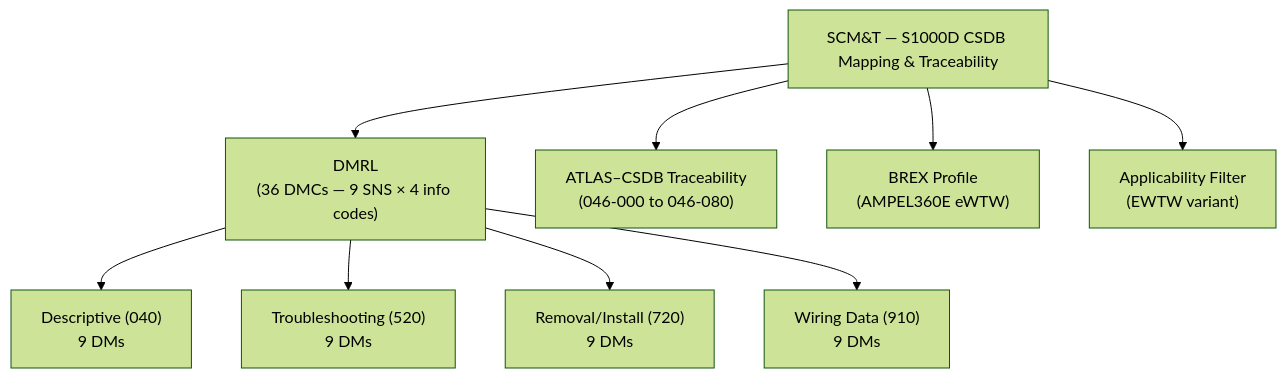
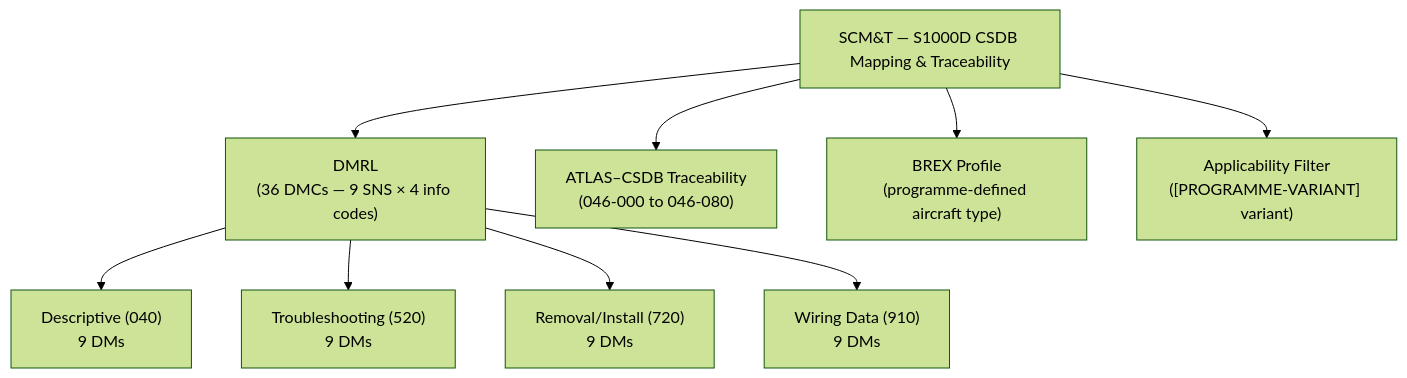
The first of 3 diagrams in Q+ATLANTIDE/000-099_ATLAS/040-049_Avionica-Informacion-y-APU/046_Information-Systems/046-090-S1000D-CSDB-Mapping-and-Traceability.md (AmedeoPelliccia/Qplus-For-All-Queer-People-and-Quantum), drawn with Mermaid (forest theme) before and after one commit. The commit also changed other lines of this file and 676 other files, not shown here.

First line of the commit message:
feat: de-programmatize all ATLAS standard files — remove AMPEL360E/eWTW programme content

````diff
--- a/Q+ATLANTIDE/000-099_ATLAS/040-049_Avionica-Informacion-y-APU/046_Information-Systems/046-090-S1000D-CSDB-Mapping-and-Traceability.md
+++ b/Q+ATLANTIDE/000-099_ATLAS/040-049_Avionica-Informacion-y-APU/046_Information-Systems/046-090-S1000D-CSDB-Mapping-and-Traceability.md
@@ -108,12 +110,12 @@
 ```mermaid
 graph TD
     SCM["SCM&T — S1000D CSDB Mapping & Traceability"]
     SCM --> DMRL["DMRL\n(36 DMCs — 9 SNS × 4 info codes)"]
     SCM --> ATLAS_MAP["ATLAS–CSDB Traceability\n(046-000 to 046-080)"]
-    SCM --> BREX["BREX Profile\n(AMPEL360E eWTW)"]
-    SCM --> APPLIC["Applicability Filter\n(EWTW variant)"]
+    SCM --> BREX["BREX Profile\n(programme-defined aircraft type)"]
+    SCM --> APPLIC["Applicability Filter\n([PROGRAMME-VARIANT] variant)"]
     DMRL --> DM_040["Descriptive (040)\n9 DMs"]
     DMRL --> DM_520["Troubleshooting (520)\n9 DMs"]
     DMRL --> DM_720["Removal/Install (720)\n9 DMs"]
     DMRL --> DM_910["Wiring Data (910)\n9 DMs"]
 ```
````
